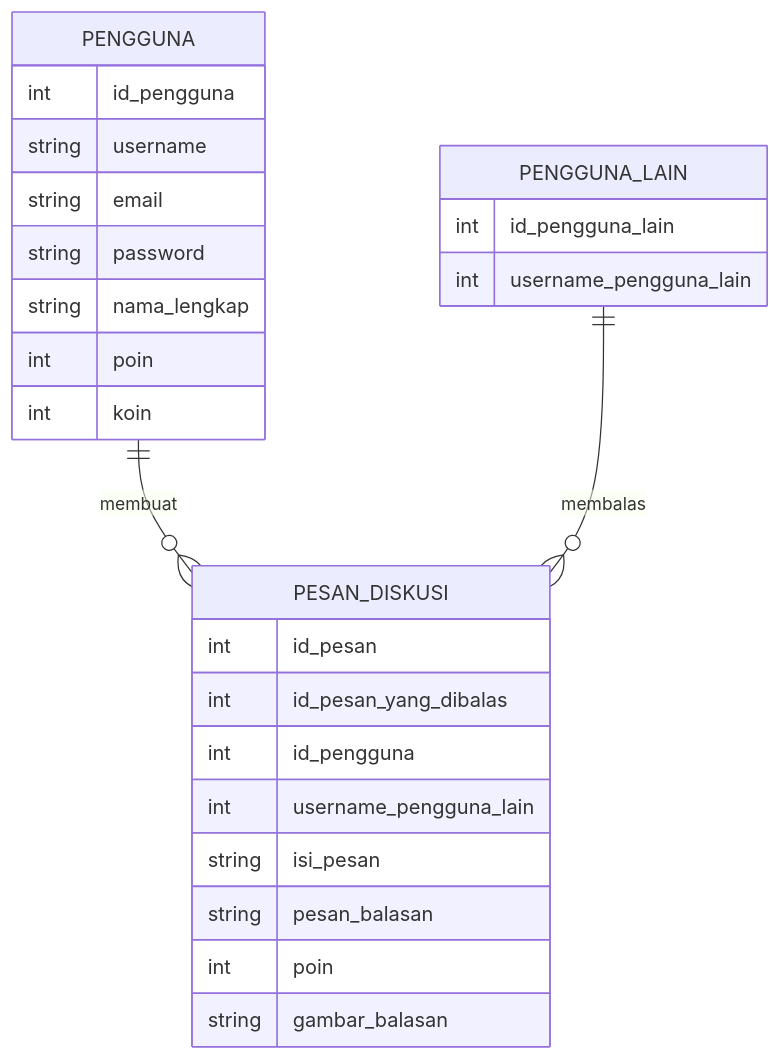
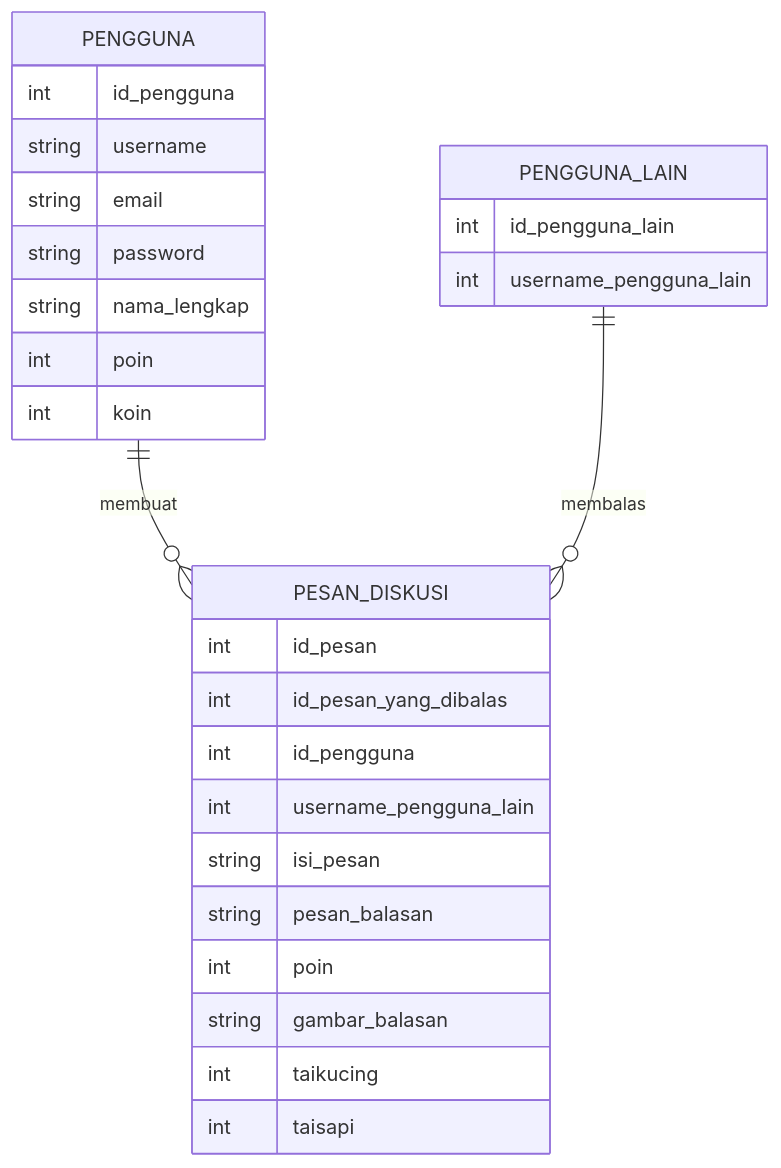
Before and after one commit to fahrizap/Kodein: the diagram in job interview.MD, drawn with Mermaid.

Commit message:
Update job interview.MD

````diff
--- a/job interview.MD
+++ b/job interview.MD
@@ -20,30 +20,32 @@
 ```mermaid
 erDiagram
 
   PENGGUNA {
     int id_pengguna
     string username
     string email
     string password
     string nama_lengkap
     int poin
     int koin
   }
   PENGGUNA ||--o{ PESAN_DISKUSI : membuat
   PESAN_DISKUSI {
     int id_pesan
     int id_pesan_yang_dibalas
     int id_pengguna 
     int username_pengguna_lain
     string isi_pesan
     string pesan_balasan
     int poin
     string gambar_balasan
+    int taikucing
+    int taisapi
   }
   PENGGUNA_LAIN {
     int id_pengguna_lain
     int username_pengguna_lain
   }
   PENGGUNA_LAIN ||--o{ PESAN_DISKUSI : membalas
   
 ```
````
